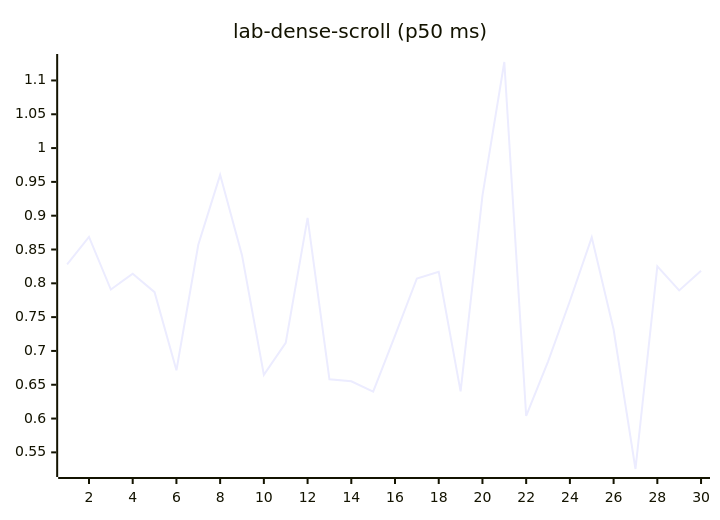
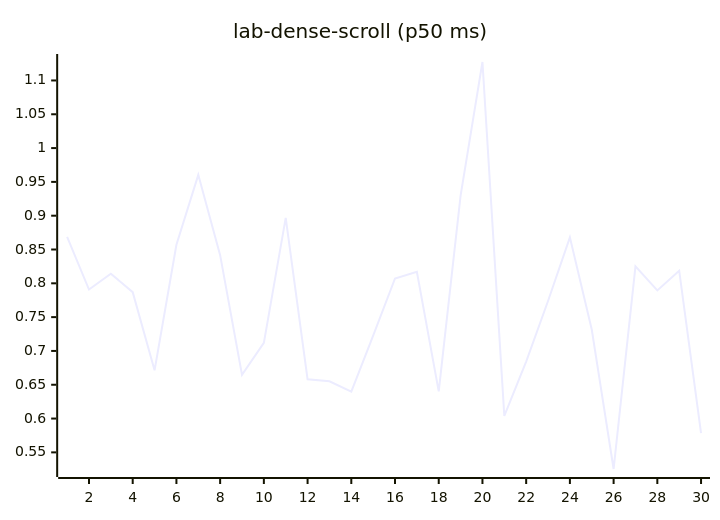
One commit to josha/Facet changed diagram 12 of 27 in README.md. Above: the diagram before and after it, drawn with Mermaid. The commit also changed other lines of this file and 2 other files, not shown here.

````diff
--- a/README.md
+++ b/README.md
@@ -140,6 +140,6 @@
 ```mermaid
 xychart-beta
     title "lab-dense-scroll (p50 ms)"
     x-axis 1 --> 30
-    line [0.8280, 0.8687, 0.7908, 0.8143, 0.7869, 0.6713, 0.8570, 0.9604, 0.8416, 0.6647, 0.7120, 0.8968, 0.6580, 0.6552, 0.6397, 0.7226, 0.8071, 0.8171, 0.6401, 0.9297, 1.1273, 0.6038, 0.6843, 0.7739, 0.8680, 0.7317, 0.5254, 0.8252, 0.7895, 0.8186]
+    line [0.8687, 0.7908, 0.8143, 0.7869, 0.6713, 0.8570, 0.9604, 0.8416, 0.6647, 0.7120, 0.8968, 0.6580, 0.6552, 0.6397, 0.7226, 0.8071, 0.8171, 0.6401, 0.9297, 1.1273, 0.6038, 0.6843, 0.7739, 0.8680, 0.7317, 0.5254, 0.8252, 0.7895, 0.8186, 0.5785]
 ```
````
